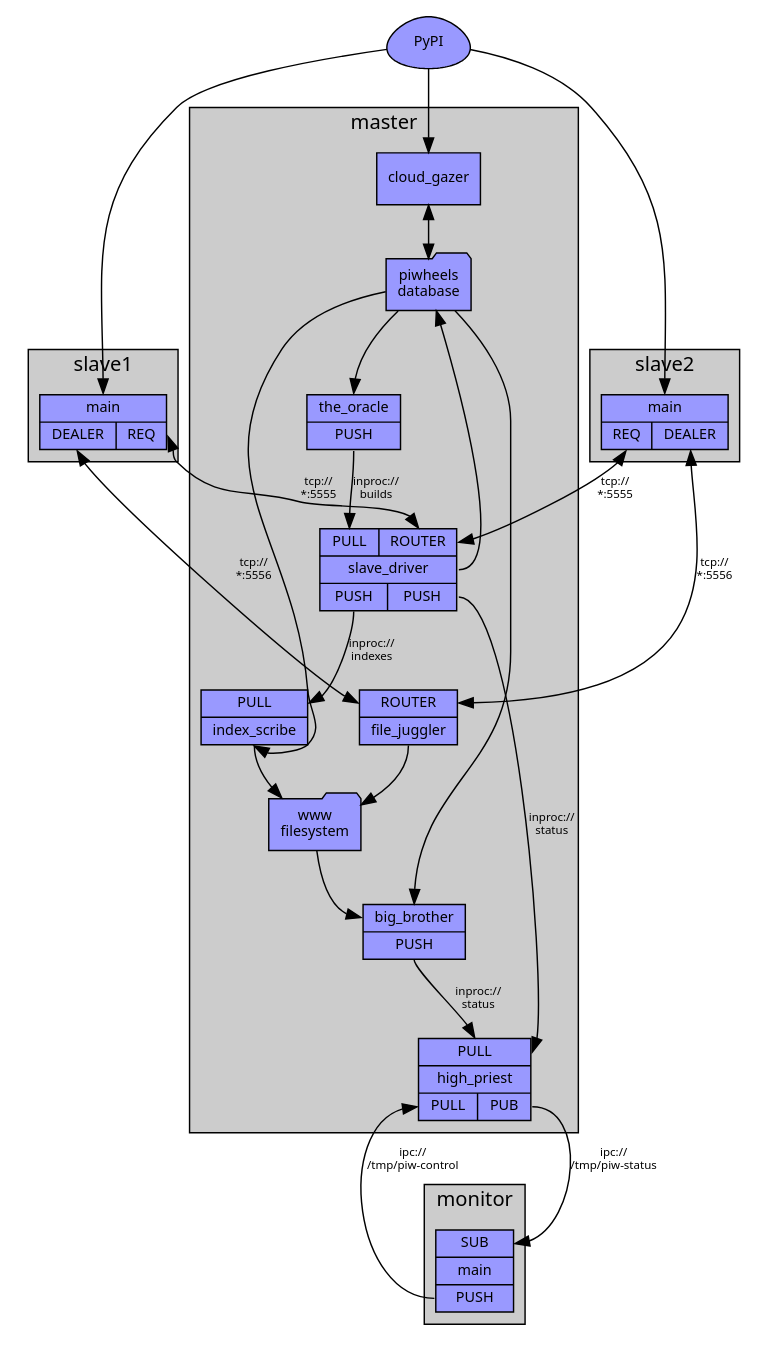
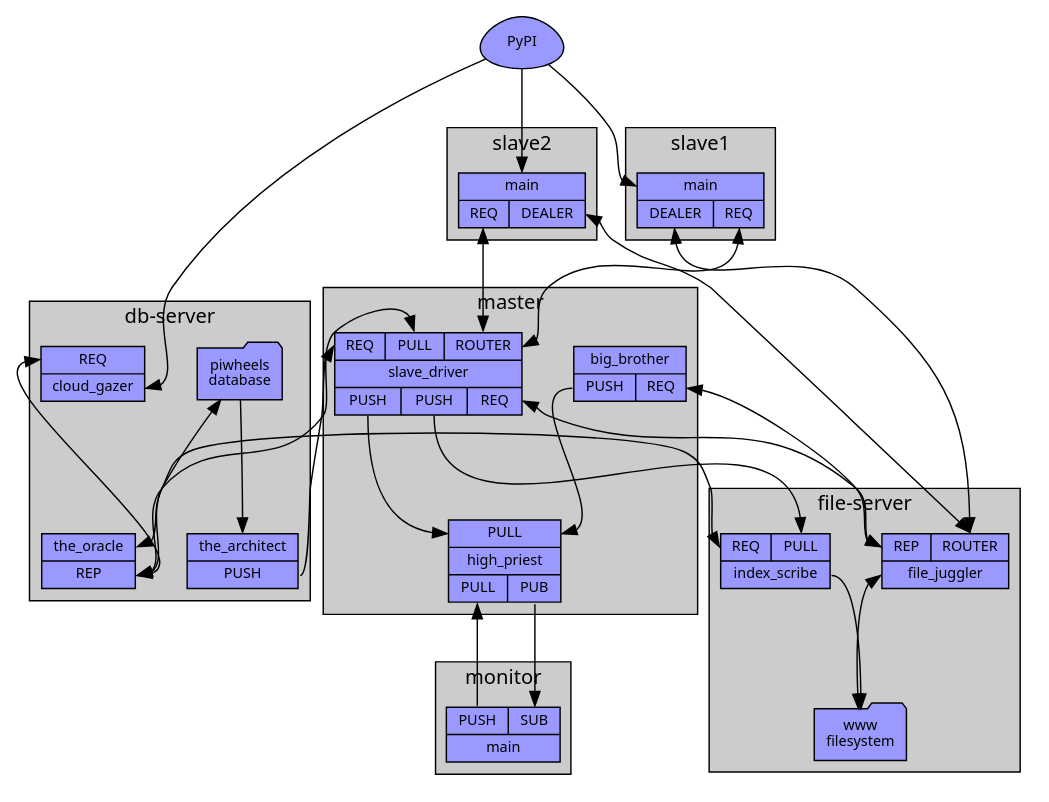
The diagram in docs/master_arch.dot (piwheels/piwheels), drawn with Graphviz before and after one commit. The commit also changed 7 other files, not shown here.

```diff
--- a/docs/master_arch.dot
+++ b/docs/master_arch.dot
@@ -1,62 +1,74 @@
 digraph piwheels {
-    graph [nodesep=0.5, ranksep=0.5, style=filled, fontname=Sans, fontsize=14, fillcolor="#cccccc"];
+    graph [nodesep=0.5, ranksep=1, style=filled, fontname=Sans, fontsize=14, fillcolor="#cccccc"];
     node [shape=record, fontname=Sans, fontsize=10, style=filled, fillcolor="#9999ff", penwidth=1];
     edge [fontname=Sans, fontsize=8];
 
     pypi [label="PyPI", shape=egg];
 
+    subgraph cluster_db_server {
+        graph [label="db-server"];
+
+        cloud_gazer [label="{<db>REQ|<t>cloud_gazer}"];
+        the_oracle [label="{<t>the_oracle|<db>REP}"];
+        the_architect [label="{<t>the_architect|<builds>PUSH}"];
+        db [label="piwheels\ndatabase", shape=folder];
+
+        db->the_oracle:t [dir=both];
+        db->the_architect:t;
+    }
+
+    subgraph cluster_file_server {
+        graph [label="file-server"];
+
+        file_juggler [label="{{<transfers>REP|<slaves>ROUTER}|<t>file_juggler}"];
+        index_scribe [label="{{<db>REQ|<indexes>PULL}|<t>index_scribe}"];
+        fs [label="www\nfilesystem", shape=folder];
+
+        index_scribe:t->fs;
+        file_juggler:t->fs [dir=both];
+    }
+
     subgraph cluster_master {
         graph [label="master"];
 
         high_priest [label="{{<int_status>PULL}|high_priest|{<control>PULL|<ext_status>PUB}}"];
-        cloud_gazer [label="<t>cloud_gazer"];
-        the_oracle [label="{<t>the_oracle|<builds>PUSH}"];
-        big_brother [label="{<t>big_brother|<int_status>PUSH}"];
-        slave_driver [label="{{<builds>PULL|<slaves>ROUTER}|<t>slave_driver|{<indexes>PUSH|<int_status>PUSH}}"];
-        file_juggler [label="{<slaves>ROUTER|<t>file_juggler}"];
-        index_scribe [label="{<indexes>PULL|<t>index_scribe}"];
+        big_brother [label="{<t>big_brother|{<int_status>PUSH|<transfers>REQ}}"];
+        slave_driver [label="{{<db>REQ|<builds>PULL|<slaves>ROUTER}|<t>slave_driver|{<int_status>PUSH|<indexes>PUSH|<transfers>REQ}}"];
 
-        big_brother:int_status->high_priest:int_status [label="inproc://\nstatus"];
-        slave_driver:int_status->high_priest:int_status [label="inproc://\nstatus"];
-        the_oracle:builds->slave_driver:builds [label="inproc://\nbuilds"];
-        slave_driver:indexes->index_scribe:indexes [label="inproc://\nindexes"];
-
-        db [label="piwheels\ndatabase", shape=folder];
-        fs [label="www\nfilesystem", shape=folder];
-
-        cloud_gazer:t->db [dir=both];
-        db->the_oracle:t;
-        db->big_brother:t;
-        fs->big_brother:t;
-        slave_driver:t->db;
-        db->index_scribe:t;
-
-        index_scribe:t->fs;
-        file_juggler:t->fs;
+        big_brother:int_status->high_priest:int_status;
+        slave_driver:int_status->high_priest:int_status;
     }
 
     subgraph cluster_monitor {
         graph [label="monitor"];
-        monitor [label="{<status>SUB|<t>main|<control>PUSH}"];
+        monitor [label="{{<control>PUSH|<status>SUB}|<t>main}"];
     }
 
     subgraph cluster_slave1 {
         graph [label="slave1"];
         slave1 [label="{<t>main|{<files>DEALER|<builds>REQ}}"];
     }
 
     subgraph cluster_slave2 {
         graph [label="slave2"];
         slave2 [label="{<t>main|{<builds>REQ|<files>DEALER}}"];
     }
 
     pypi->cloud_gazer:t;
     pypi->slave1:t;
     pypi->slave2:t;
-    slave1:builds->slave_driver:slaves [dir=both, label="tcp://\n*:5555"];
-    slave2:builds->slave_driver:slaves [dir=both, label="tcp://\n*:5555"];
-    slave1:files->file_juggler:slaves [dir=both, label="tcp://\n*:5556"];
-    slave2:files->file_juggler:slaves [dir=both, label="tcp://\n*:5556"];
-    high_priest:ext_status->monitor:status [label="ipc://\n/tmp/piw-status"];
-    monitor:control->high_priest:control [label="ipc://\n/tmp/piw-control"];
+    slave1:builds->slave_driver:slaves [dir=both];
+    slave2:builds->slave_driver:slaves [dir=both];
+    slave1:files->file_juggler:slaves [dir=both];
+    slave2:files->file_juggler:slaves [dir=both];
+    high_priest:ext_status->monitor:status;
+    monitor:control->high_priest:control;
+
+    the_architect:builds->slave_driver:builds;
+    cloud_gazer:db->the_oracle:db [dir=both];
+    slave_driver:indexes->index_scribe:indexes;
+    index_scribe:db->the_oracle:db [dir=both];
+    big_brother:transfers->file_juggler:transfers [dir=both];
+    slave_driver:transfers->file_juggler:transfers [dir=both];
+    slave_driver:db->the_oracle:db [dir=both];
 }
```
